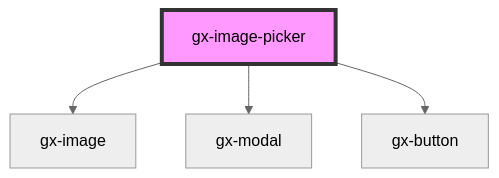
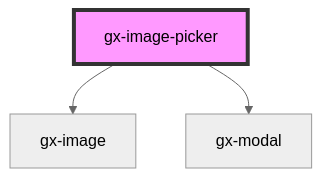
Before and after one commit to genexuslabs/web-controls-library: the diagram in src/components/image-picker/readme.md, drawn with Mermaid (neutral theme). The commit also changed other lines of this file and 2 other files, not shown here.

First line of the commit message:
Add new design for gx-image-picker's modal

````diff
--- a/src/components/image-picker/readme.md
+++ b/src/components/image-picker/readme.md
@@ -43,7 +42,6 @@
 ```mermaid
 graph TD;
   gx-image-picker --> gx-image
   gx-image-picker --> gx-modal
-  gx-image-picker --> gx-button
   style gx-image-picker fill:#f9f,stroke:#333,stroke-width:4px
 ```
````
